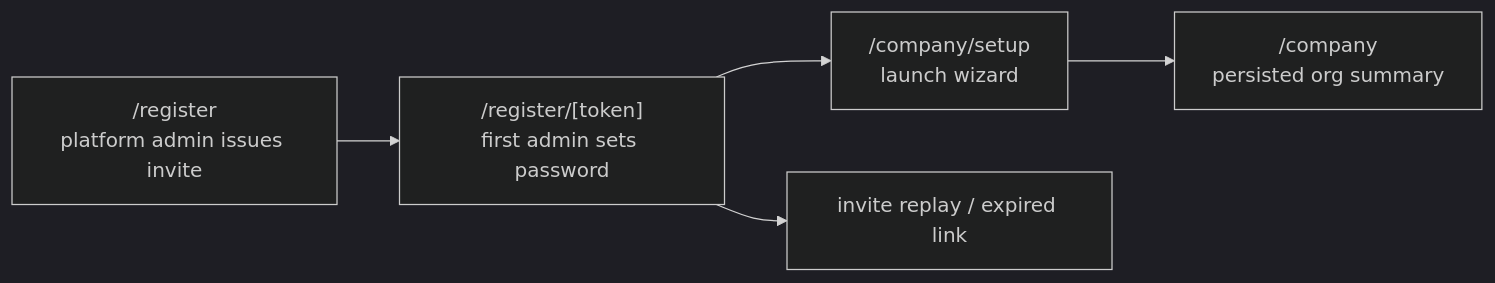
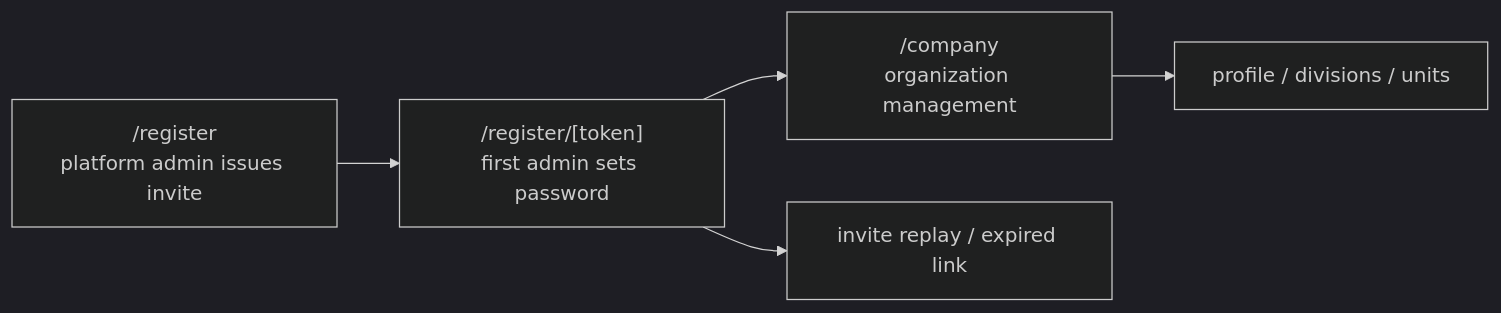
Before and after one commit to vrk-app/vrk: the second of 7 diagrams in docs/design/customer-admin-bootstrap-flow.md, drawn with Mermaid (dark theme). The commit also changed other lines of this file and 313 other files, not shown here.

````diff
--- a/docs/design/customer-admin-bootstrap-flow.md
+++ b/docs/design/customer-admin-bootstrap-flow.md
@@ -122,7 +125,7 @@
 ```mermaid
 flowchart LR
     A["/register<br/>platform admin issues invite"] --> B["/register/[token]<br/>first admin sets password"]
-    B --> C["/company/setup<br/>launch wizard"]
-    C --> D["/company<br/>persisted org summary"]
+    B --> C["/company<br/>organization management"]
+    C --> D["profile / divisions / units"]
     B --> E["invite replay / expired link"]
 ```
````
